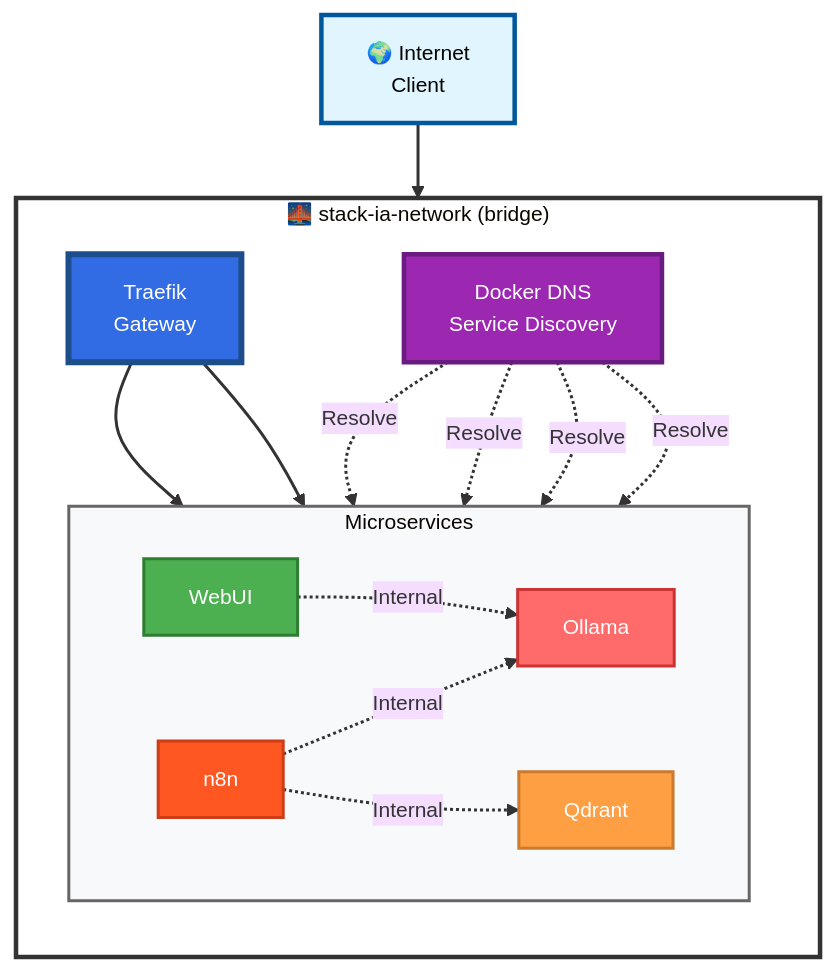
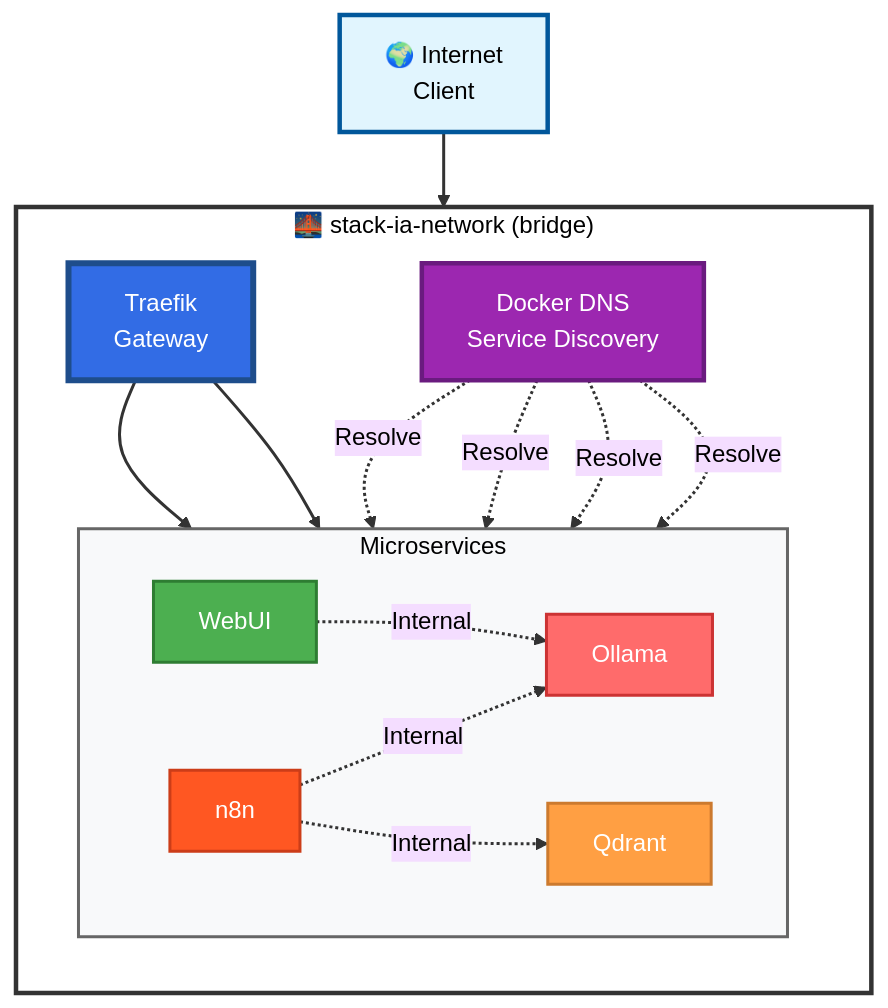
One commit to MPFabio/Stack-IA changed diagram 14 of 14 in docs/ARCHITECTURE.md. Above: the diagram before and after it, drawn with Mermaid. The commit also changed other lines of this file, not shown here.

First line of the commit message:
feat(docs): Fonds colorés sur TOUS les diagrammes

````diff
--- a/docs/ARCHITECTURE.md
+++ b/docs/ARCHITECTURE.md
@@ -923,45 +923,45 @@
 ```mermaid
-%%{init: {'theme':'base', 'themeVariables': { 'fontSize':'14px'}}}%%
+%%{init: {'theme':'base', 'themeVariables': {'background':'#e0f2f1','mainBkg':'#e0f2f1','primaryTextColor':'#000','secondaryTextColor':'#000','tertiaryTextColor':'#000','lineColor':'#000','textColor':'#000'}}}%%
 graph TB
     EXTERNAL["🌍 Internet<br/>Client"]
     
     subgraph BRIDGE["🌉 stack-ia-network (bridge)"]
         direction TB
         TRAEFIK["Traefik<br/>Gateway"]
         
         subgraph MICROSERVICES["Microservices"]
             direction LR
             S1["WebUI"]
             S2["n8n"]
             S3["Ollama"]
             S4["Qdrant"]
         end
         
         DNS["Docker DNS<br/>Service Discovery"]
     end
     
     EXTERNAL --> TRAEFIK
     TRAEFIK --> S1
     TRAEFIK --> S2
     
     S1 -.Internal.-> S3
     S2 -.Internal.-> S3
     S2 -.Internal.-> S4
     
     DNS -.Resolve.-> S1
     DNS -.Resolve.-> S2
     DNS -.Resolve.-> S3
     DNS -.Resolve.-> S4
     
     style EXTERNAL fill:#e1f5fe,stroke:#01579b,stroke-width:3px,color:#000
     style TRAEFIK fill:#326ce5,stroke:#1e4d8b,stroke-width:4px,color:#fff
     style S1 fill:#4CAF50,stroke:#2e7d32,stroke-width:2px,color:#fff
     style S2 fill:#FF5722,stroke:#cc3d18,stroke-width:2px,color:#fff
     style S3 fill:#ff6b6b,stroke:#cc3333,stroke-width:2px,color:#fff
     style S4 fill:#ff9f43,stroke:#cc7a2e,stroke-width:2px,color:#fff
     style DNS fill:#9C27B0,stroke:#6a1b7f,stroke-width:3px,color:#fff
     style BRIDGE fill:#ffffff,stroke:#333,stroke-width:3px
     style MICROSERVICES fill:#f8f9fa,stroke:#666,stroke-width:2px
     
     linkStyle default stroke:#333,stroke-width:2px
 ```
````
